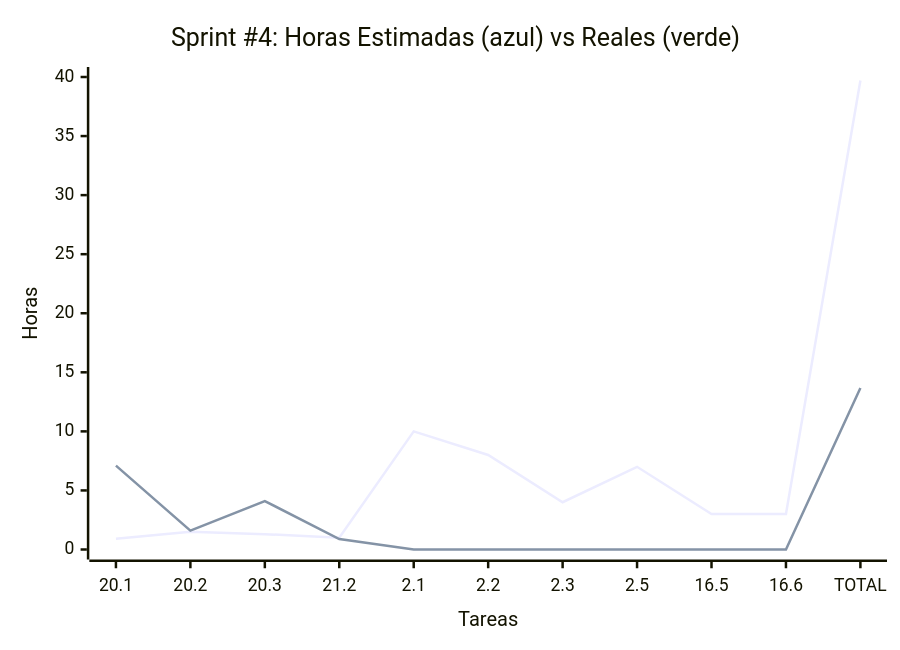
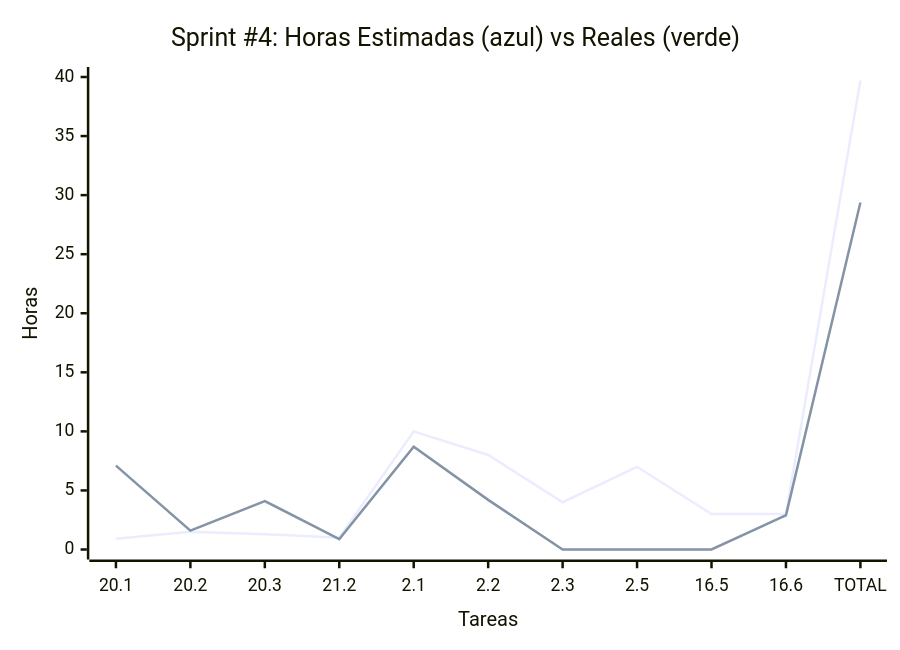
The fourth of 5 diagrams in docs/SprintsPlanning.md (MarkMed/FleetMan), drawn with Mermaid before and after one commit. The commit also changed other lines of this file, not shown here.

````diff
--- a/docs/SprintsPlanning.md
+++ b/docs/SprintsPlanning.md
@@ -188,12 +188,12 @@
 ```mermaid
 xychart-beta
     title "Sprint #4: Horas Estimadas #40;azul#41; vs Reales #40;verde#41;"
     x-axis "Tareas" ["20.1", "20.2", "20.3", "21.2", "2.1", "2.2", "2.3", "2.5", "16.5", "16.6", "TOTAL"]
     y-axis "Horas" 0 --> 40
 	
 	%% Green line
     line [0.9, 1.5, 1.3, 1, 10, 8, 4, 7, 3, 3, 39.7]
 
 	%% Black line
-    line [7.1, 1.6, 4.1, 0.88, 0, 0, 0, 0, 0, 0, 13.68]
+    line [7.1, 1.6, 4.1, 0.88, 8.7, 4.2, 0, 0, 0, 2.9, 29.38]
 ```
````
